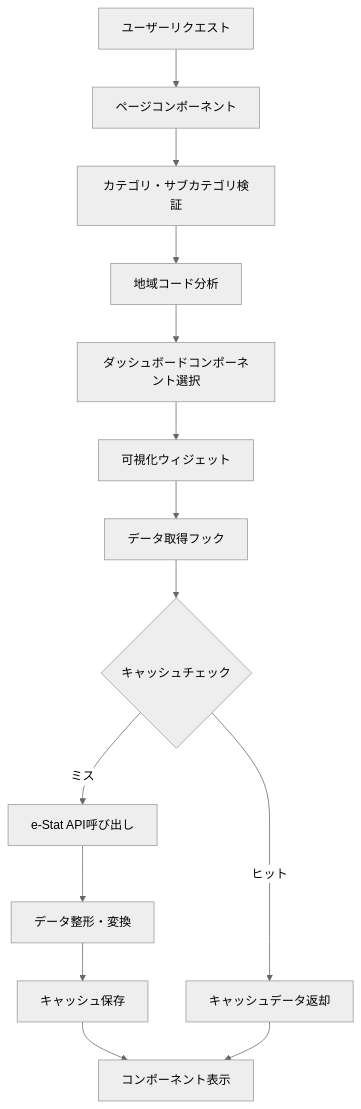
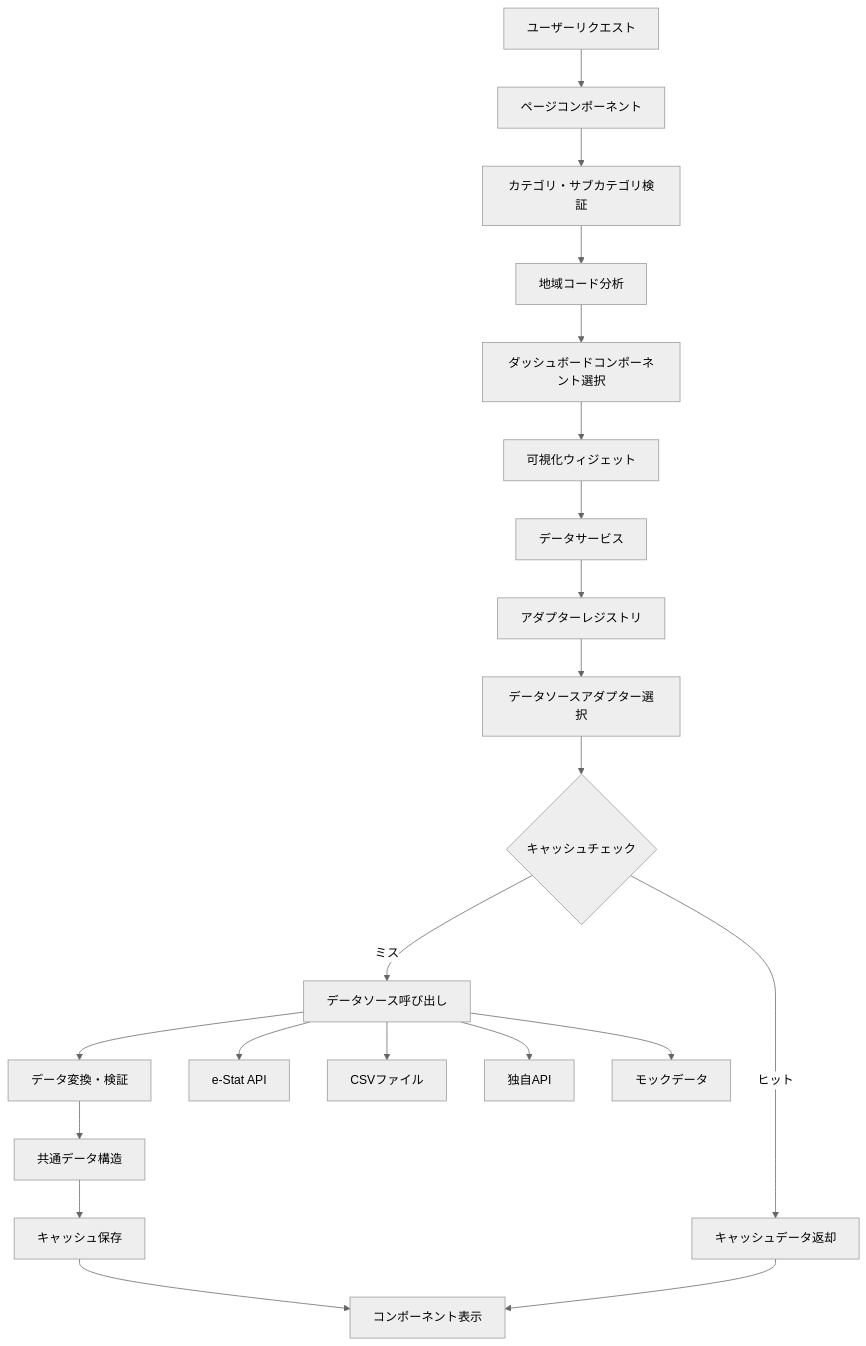
Before and after one commit to uruhayato373/stats47: the diagram in docs/02_domain/dashboard/specifications/data-flow.md, drawn with Mermaid (neutral theme). The commit also changed other lines of this file and 10 other files, not shown here.

````diff
--- a/docs/02_domain/dashboard/specifications/data-flow.md
+++ b/docs/02_domain/dashboard/specifications/data-flow.md
@@ -18,16 +18,24 @@
 ```mermaid
 graph TD
     A[ユーザーリクエスト] --> B[ページコンポーネント]
     B --> C[カテゴリ・サブカテゴリ検証]
     C --> D[地域コード分析]
     D --> E[ダッシュボードコンポーネント選択]
     E --> F[可視化ウィジェット]
-    F --> G[データ取得フック]
-    G --> H{キャッシュチェック}
-    H -->|ヒット| I[キャッシュデータ返却]
-    H -->|ミス| J[e-Stat API呼び出し]
-    J --> K[データ整形・変換]
-    K --> L[キャッシュ保存]
-    L --> M[コンポーネント表示]
-    I --> M
+    F --> G[データサービス]
+    G --> H[アダプターレジストリ]
+    H --> I[データソースアダプター選択]
+    I --> J{キャッシュチェック}
+    J -->|ヒット| K[キャッシュデータ返却]
+    J -->|ミス| L[データソース呼び出し]
+    L --> M[データ変換・検証]
+    M --> N[共通データ構造]
+    N --> O[キャッシュ保存]
+    O --> P[コンポーネント表示]
+    K --> P
+
+    L --> Q[e-Stat API]
+    L --> R[CSVファイル]
+    L --> S[独自API]
+    L --> T[モックデータ]
 ```
````
